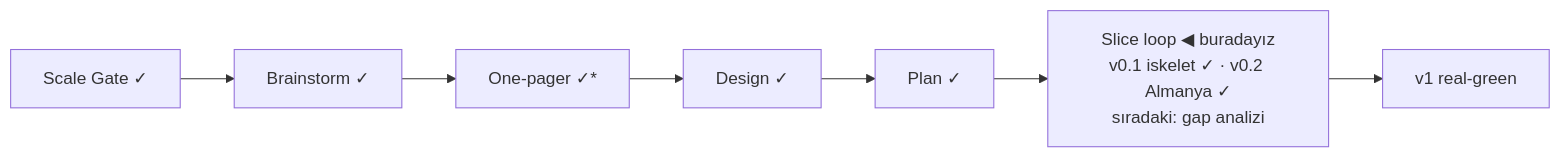
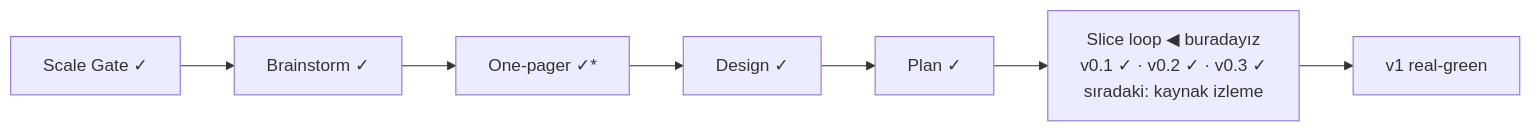
The diagram in STATUS.md (OytunOnal/permit-rulebook), drawn with Mermaid before and after one commit. The commit also changed other lines of this file and 3 other files, not shown here.

Commit message:
Ledgers: v0.3 real-green, architecture updated, s4 boundary next

````diff
--- a/STATUS.md
+++ b/STATUS.md
@@ -7,6 +7,6 @@
 ```mermaid
 flowchart LR
     A[Scale Gate ✓] --> B[Brainstorm ✓] --> C[One-pager ✓*] --> D[Design ✓] --> E[Plan ✓]
-    E --> F["Slice loop ◀ buradayız<br/>v0.1 iskelet ✓ · v0.2 Almanya ✓<br/>sıradaki: gap analizi"]
+    E --> F["Slice loop ◀ buradayız<br/>v0.1 ✓ · v0.2 ✓ · v0.3 ✓<br/>sıradaki: kaynak izleme"]
     F --> G[v1 real-green]
 ```
````
